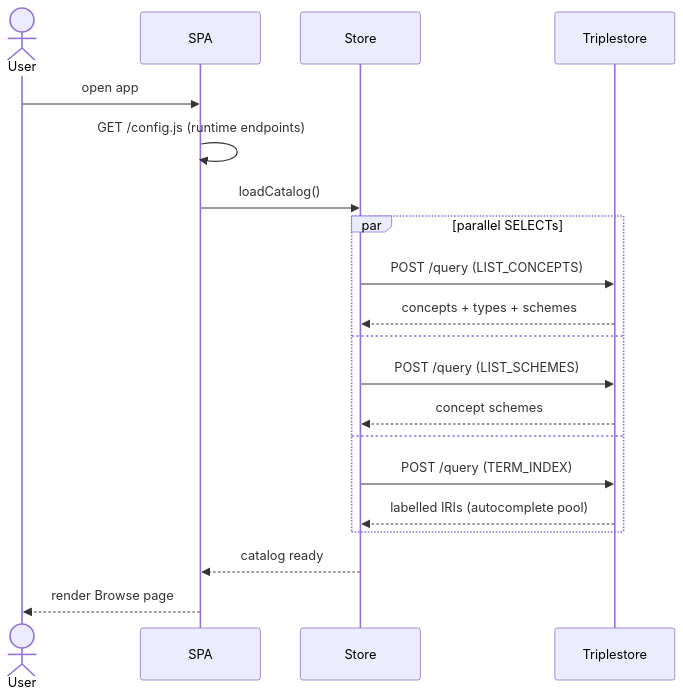
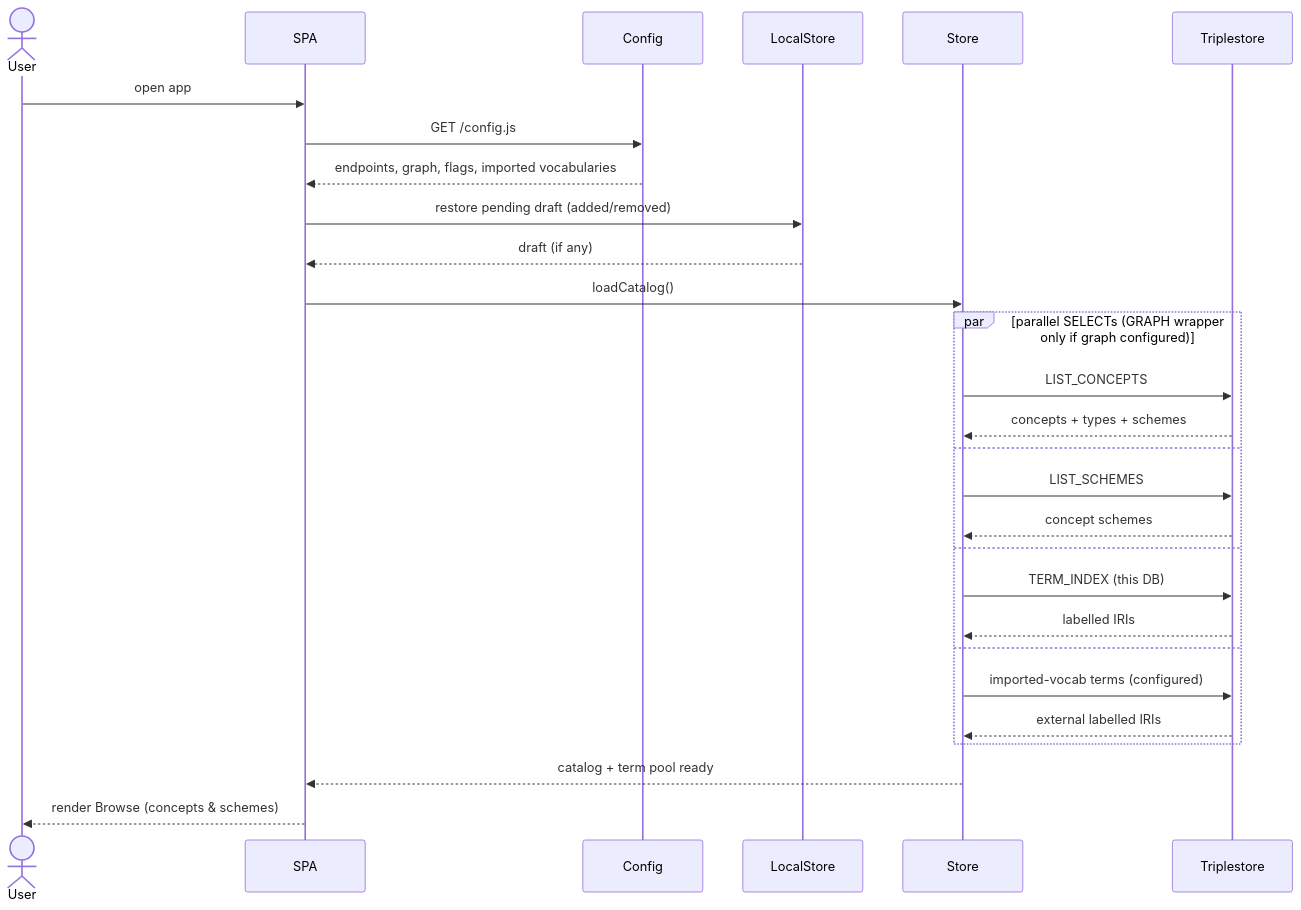
One commit to ogcincubator/bblocks-seadots changed the second of 11 diagrams in app/docs/data-exchange.md. Above: the diagram before and after it, drawn with Mermaid. The commit also changed other lines of this file and 9 other files, not shown here.

````diff
--- a/app/docs/data-exchange.md
+++ b/app/docs/data-exchange.md
@@ -29,23 +70,31 @@
 ```mermaid
 sequenceDiagram
     actor User
     participant SPA
+    participant Config
+    participant LocalStore
     participant Store
     participant Triplestore
 
     User->>SPA: open app
-    SPA->>SPA: GET /config.js (runtime endpoints)
+    SPA->>Config: GET /config.js
+    Config-->>SPA: endpoints, graph, flags, imported vocabularies
+    SPA->>LocalStore: restore pending draft (added/removed)
+    LocalStore-->>SPA: draft (if any)
     SPA->>Store: loadCatalog()
-    par parallel SELECTs
-        Store->>Triplestore: POST /query (LIST_CONCEPTS)
+    par parallel SELECTs (GRAPH wrapper only if graph configured)
+        Store->>Triplestore: LIST_CONCEPTS
         Triplestore-->>Store: concepts + types + schemes
     and
-        Store->>Triplestore: POST /query (LIST_SCHEMES)
+        Store->>Triplestore: LIST_SCHEMES
         Triplestore-->>Store: concept schemes
     and
-        Store->>Triplestore: POST /query (TERM_INDEX)
-        Triplestore-->>Store: labelled IRIs (autocomplete pool)
+        Store->>Triplestore: TERM_INDEX (this DB)
+        Triplestore-->>Store: labelled IRIs
+    and
+        Store->>Triplestore: imported-vocab terms (configured)
+        Triplestore-->>Store: external labelled IRIs
     end
-    Store-->>SPA: catalog ready
-    SPA-->>User: render Browse page
+    Store-->>SPA: catalog + term pool ready
+    SPA-->>User: render Browse (concepts & schemes)
 ```
````
